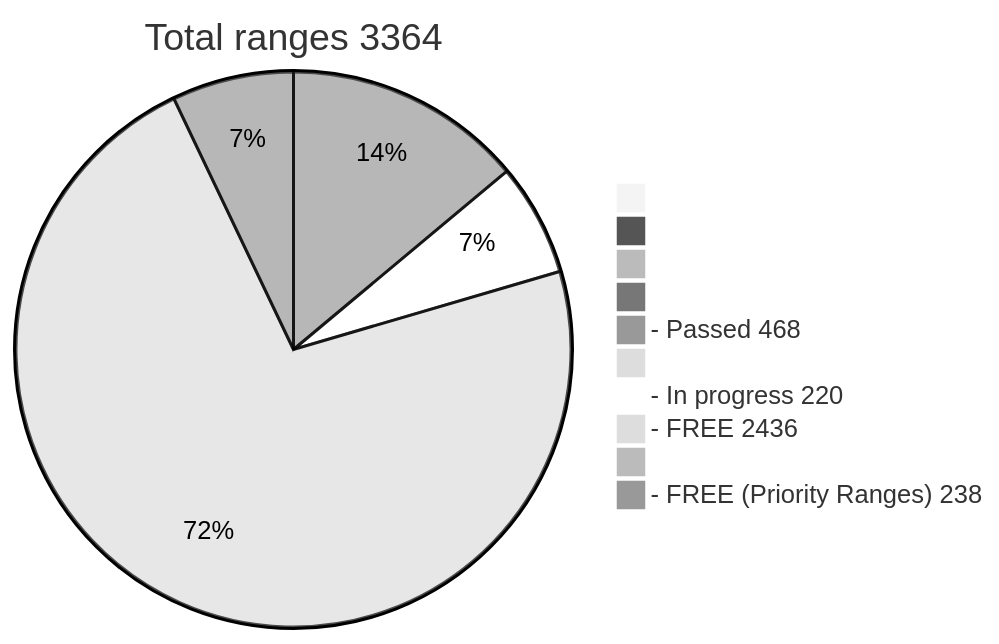
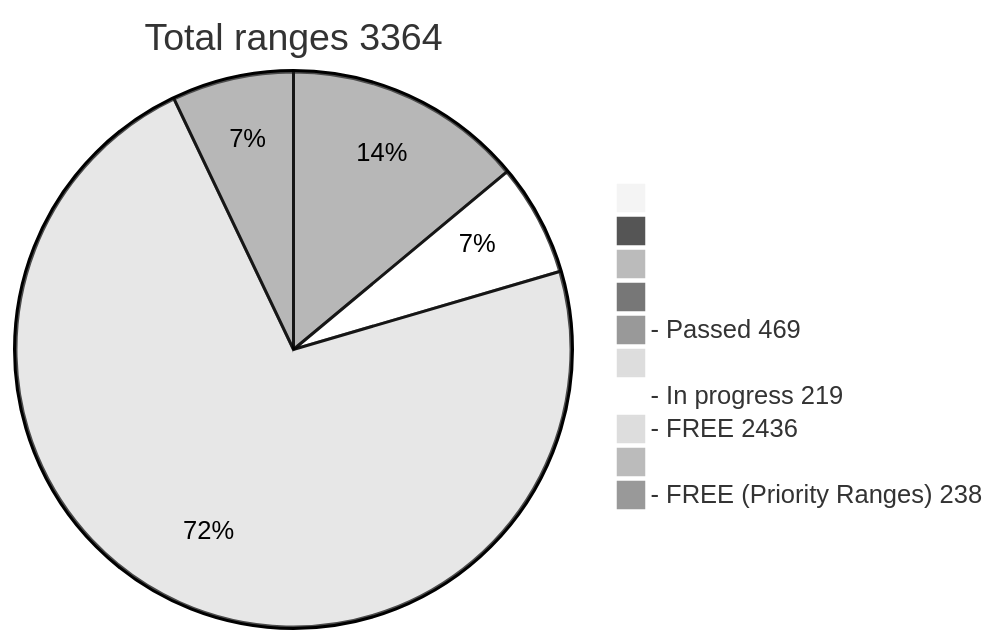
Before and after one commit to phrutis/wif500: the diagram in README.md, drawn with Mermaid (neutral theme).

````diff
--- a/README.md
+++ b/README.md
@@ -16,13 +16,13 @@
 ```mermaid
 pie title Total ranges 3364
              " " : 0
             "  " : 0
            "   " : 0
           "    " : 0
-  "- Passed 468" : 468
+  "- Passed 469" : 469
          "     " : 0
-  "- In progress 220" : 220
+  "- In progress 219" : 219
    "- FREE 2436" : 2436
         "      " : 0
   "- FREE (Priority Ranges) 238" : 238
 ```
````
